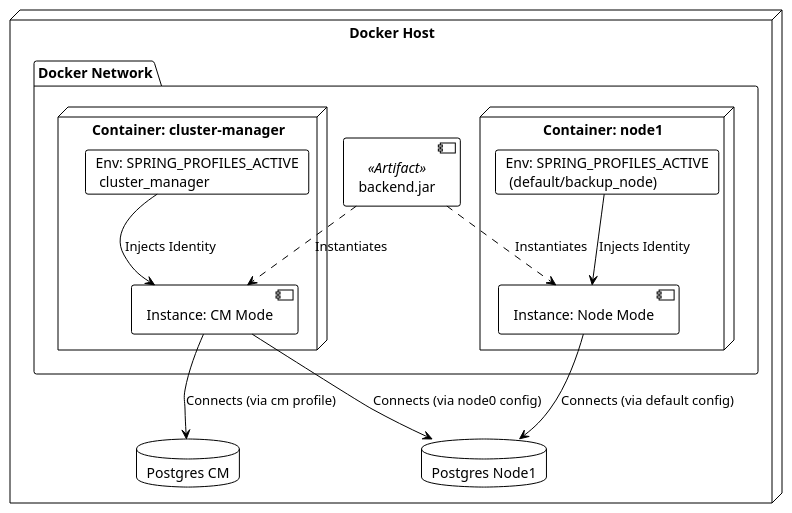
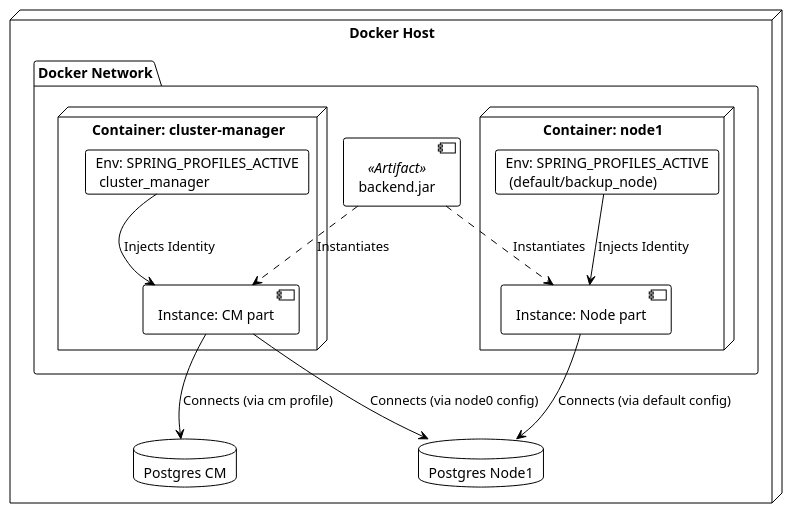
Before and after one commit to amosproj/amos2025ws02-backup-cluster-manager: the diagram in Documentation/deployment_flow.puml, drawn with PlantUML. The commit also changed 1 other file, not shown here.

Commit message:
first draft diagrams

```diff
--- a/Documentation/deployment_flow.puml
+++ b/Documentation/deployment_flow.puml
@@ -1,36 +1,36 @@
 @startuml
 !theme plain
 skinparam componentStyle uml2
 
 node "Docker Host" {
 
     package "Docker Network" {
 
         component "backend.jar" as JarFile <<Artifact>>
 
         node "Container: cluster-manager" as CM_Container {
-            component "Instance: CM Mode" as CM_App
+            component "Instance: CM part" as CM_App
             card "Env: SPRING_PROFILES_ACTIVE\n cluster_manager" as CM_Env
         }
 
         node "Container: node1" as Node_Container {
-            component "Instance: Node Mode" as Node_App
+            component "Instance: Node part" as Node_App
             card "Env: SPRING_PROFILES_ACTIVE\n (default/backup_node)" as Node_Env
         }
     }
 
     database "Postgres CM" as DB_CM
     database "Postgres Node1" as DB_Node1
 }
 
 JarFile ..> CM_App : "Instantiates"
 JarFile ..> Node_App : "Instantiates"
 
 CM_Env --> CM_App : "Injects Identity"
 Node_Env --> Node_App : "Injects Identity"
 
 CM_App --> DB_CM : "Connects (via cm profile)"
 CM_App --> DB_Node1 : "Connects (via node0 config)"
 Node_App --> DB_Node1 : "Connects (via default config)"
 
 @enduml
```
